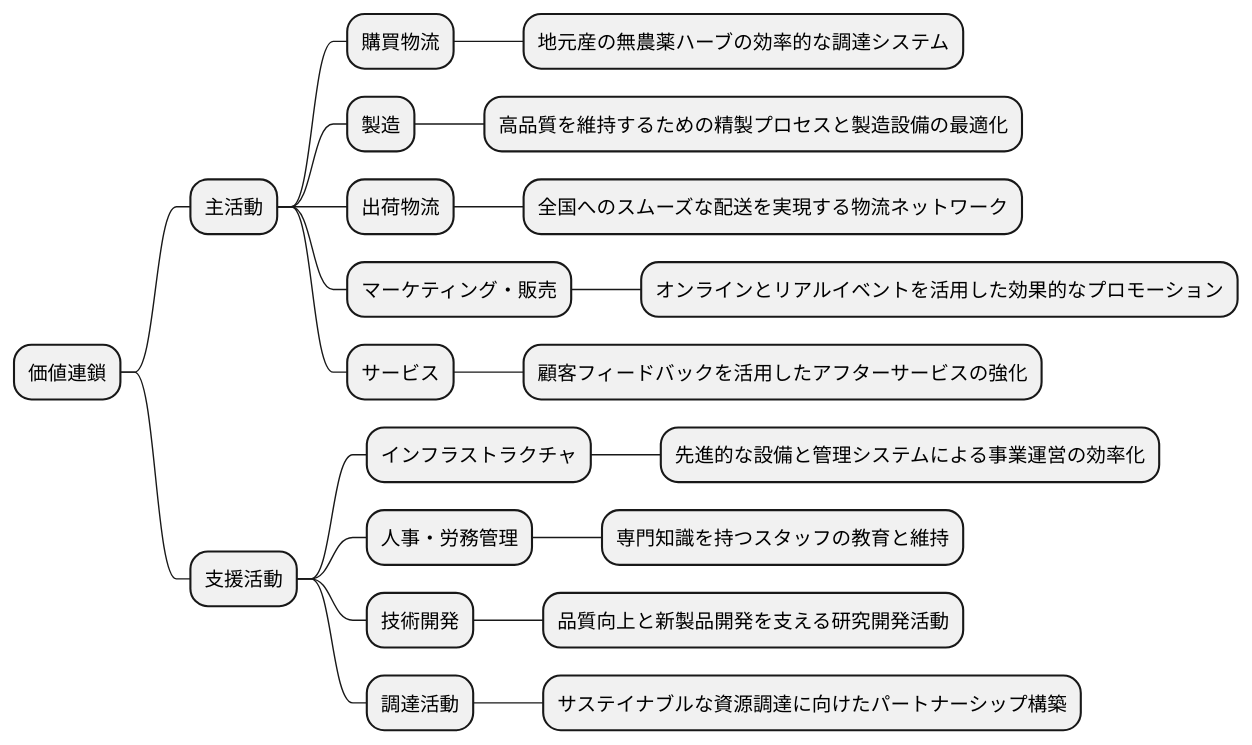
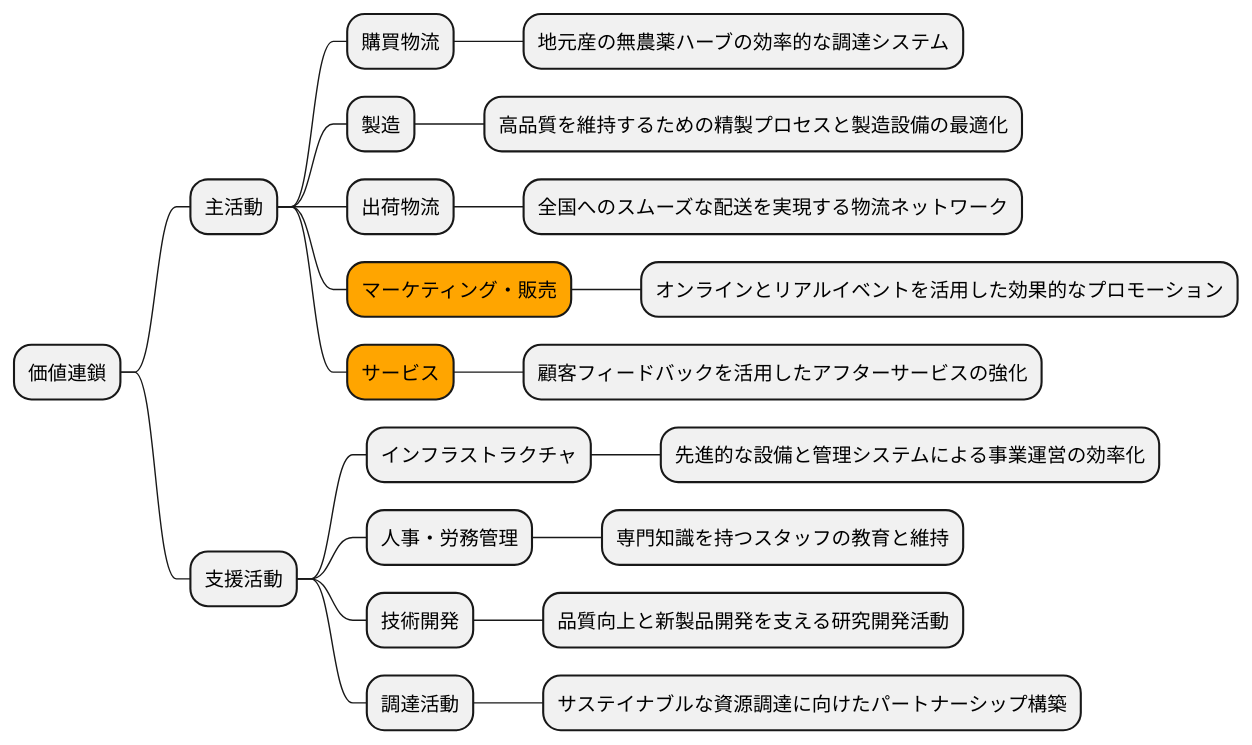
The tenth of 16 diagrams in docs/case/r02_case_2.adoc (k2works/case-sutudy-business-analysis), drawn with PlantUML before and after one commit. The commit also changed other lines of this file, not shown here.

```diff
--- a/docs/case/r02_case_2.adoc
+++ b/docs/case/r02_case_2.adoc
@@ -278,28 +311,28 @@
 [plantuml]
 ----
 @startmindmap
 
 * 価値連鎖
 ** 主活動
 *** 購買物流
 **** 地元産の無農薬ハーブの効率的な調達システム
 *** 製造
 **** 高品質を維持するための精製プロセスと製造設備の最適化
 *** 出荷物流
 **** 全国へのスムーズな配送を実現する物流ネットワーク
-*** マーケティング・販売
+***[#orange] マーケティング・販売
 **** オンラインとリアルイベントを活用した効果的なプロモーション
-*** サービス
+***[#orange] サービス
 **** 顧客フィードバックを活用したアフターサービスの強化
 ** 支援活動
 *** インフラストラクチャ
 **** 先進的な設備と管理システムによる事業運営の効率化
 *** 人事・労務管理
 **** 専門知識を持つスタッフの教育と維持
 *** 技術開発
 **** 品質向上と新製品開発を支える研究開発活動
 *** 調達活動
 **** サステイナブルな資源調達に向けたパートナーシップ構築
 
 @endmindmap
 ----
```
